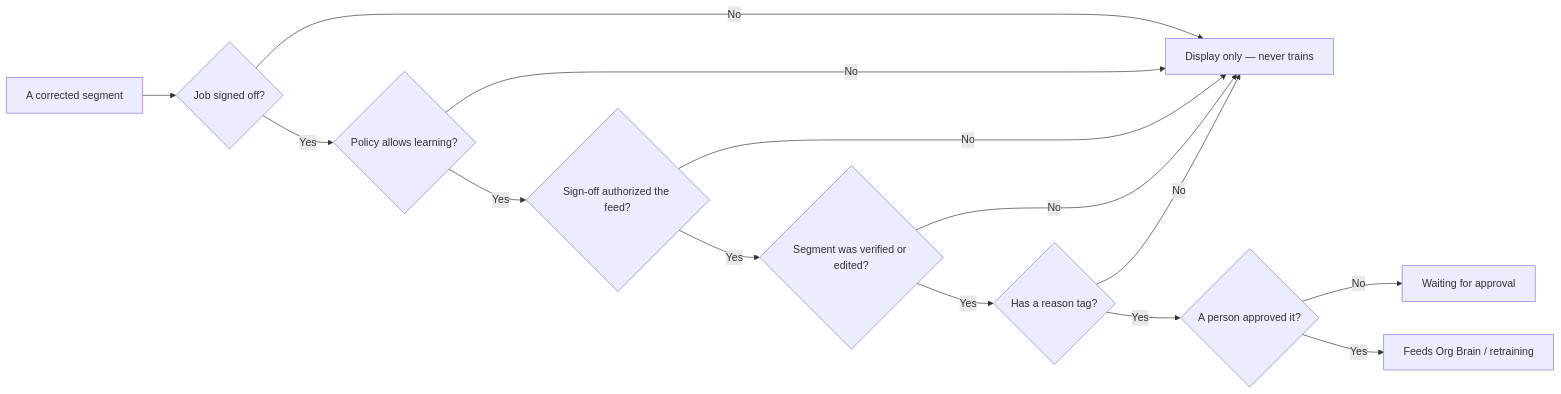
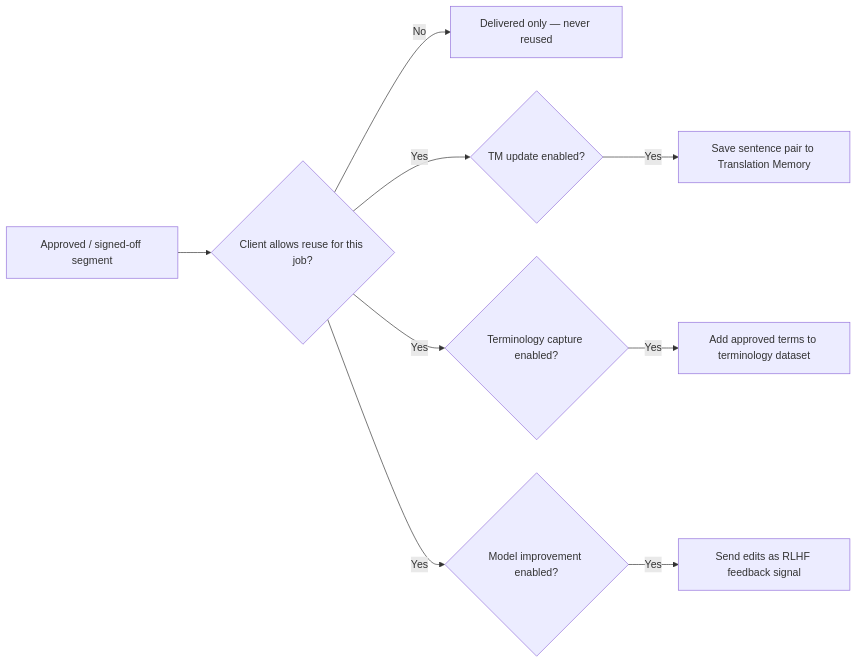
One commit to nakesekander-CPO/NotVerify changed the second of 2 diagrams in docs/hitl-requirements.md. Above: the diagram before and after it, drawn with Mermaid. The commit also changed other lines of this file, not shown here.

First line of the commit message:
HITL doc v2: align to real Straker workflow after team feedback

````diff
--- a/docs/hitl-requirements.md
+++ b/docs/hitl-requirements.md
@@ -125,16 +147,11 @@
 ```mermaid
 flowchart LR
-    S[A corrected segment] --> R1{Job signed off?}
-    R1 -->|No| X[Display only — never trains]
-    R1 -->|Yes| R2{Policy allows learning?}
-    R2 -->|No| X
-    R2 -->|Yes| R3{Sign-off authorized the feed?}
-    R3 -->|No| X
-    R3 -->|Yes| R4{Segment was verified or edited?}
-    R4 -->|No| X
-    R4 -->|Yes| R5{Has a reason tag?}
-    R5 -->|No| X
-    R5 -->|Yes| R6{A person approved it?}
-    R6 -->|No| P[Waiting for approval]
-    R6 -->|Yes| T[Feeds Org Brain / retraining]
+    S[Approved / signed-off segment] --> Q{Client allows reuse for this job?}
+    Q -->|No| X[Delivered only — never reused]
+    Q -->|Yes| P1{TM update enabled?}
+    Q -->|Yes| P2{Terminology capture enabled?}
+    Q -->|Yes| P3{Model improvement enabled?}
+    P1 -->|Yes| T1[Save sentence pair to Translation Memory]
+    P2 -->|Yes| T2[Add approved terms to terminology dataset]
+    P3 -->|Yes| T3[Send edits as RLHF feedback signal]
 ```
````
